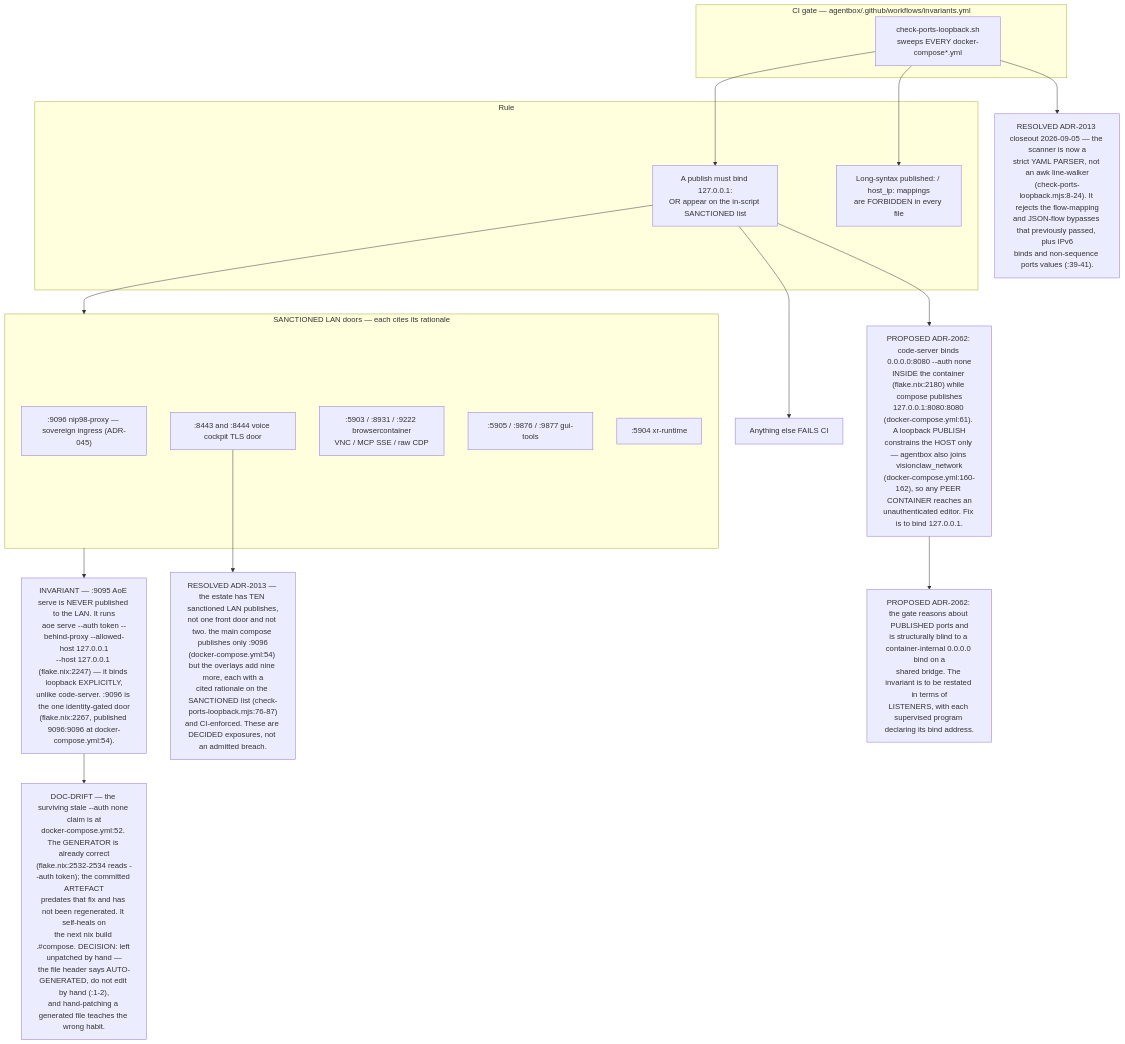
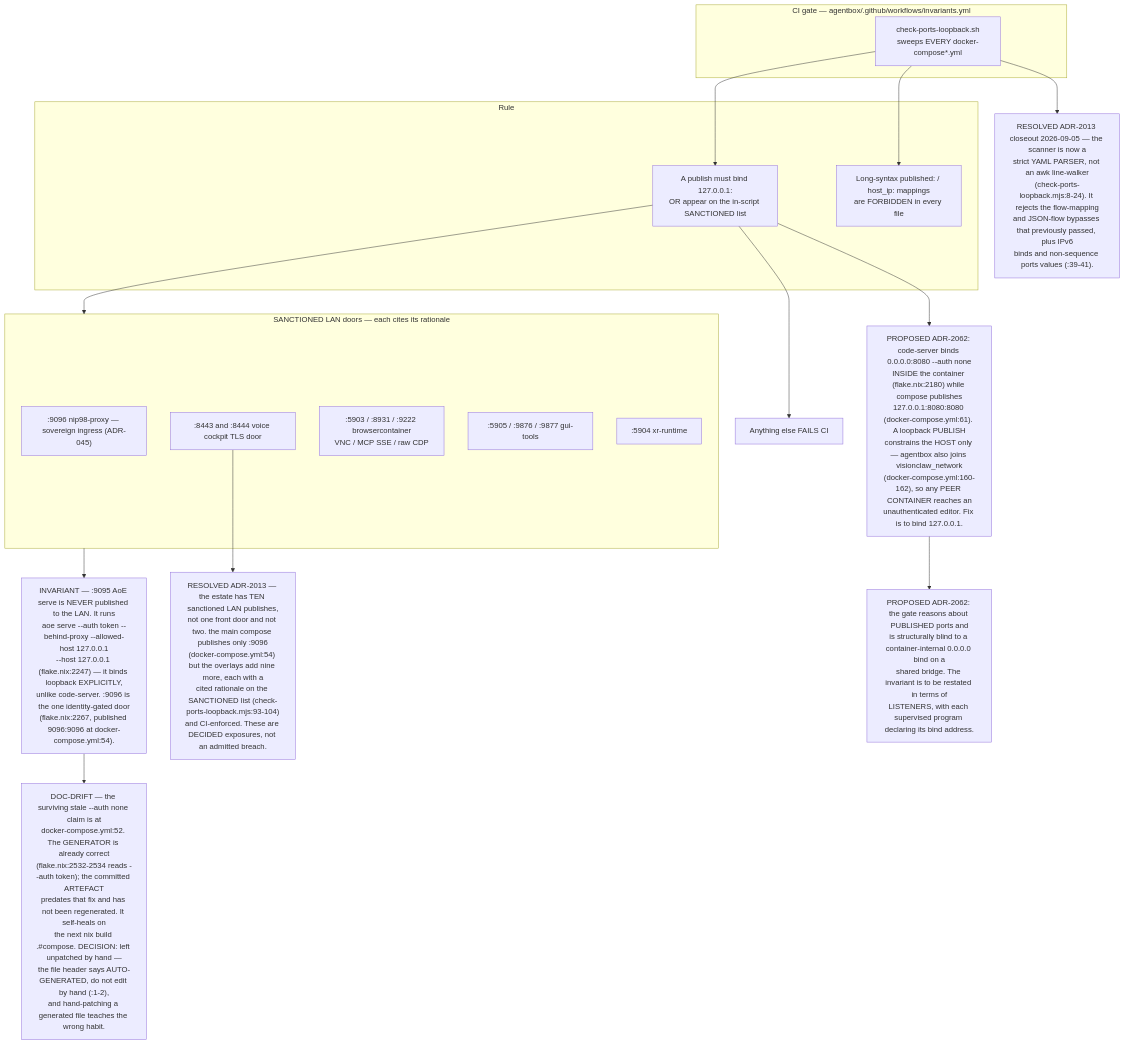
Before and after one commit to DreamLab-AI/AR-AI-Knowledge-Graph: the eighth of 10 diagrams in docs/diagrams/estate/10-deployment-and-security-profiles.md, drawn with Mermaid. The commit also changed other lines of this file and 73 other files, not shown here.

First line of the commit message:
docs(diagrams): re-verify all 71 topic files against HEAD; add --cite-check

````diff
--- a/docs/diagrams/estate/10-deployment-and-security-profiles.md
+++ b/docs/diagrams/estate/10-deployment-and-security-profiles.md
@@ -306,35 +306,35 @@
 ```mermaid
 flowchart TB
     subgraph ci["CI gate — agentbox/.github/workflows/invariants.yml"]
         SC["check-ports-loopback.sh<br/>sweeps EVERY docker-compose*.yml"]
     end
     subgraph rule["Rule"]
         R1["A publish must bind 127.0.0.1:<br/>OR appear on the in-script SANCTIONED list"]
         R2["Long-syntax published: / host_ip: mappings<br/>are FORBIDDEN in every file"]
     end
     subgraph sanctioned["SANCTIONED LAN doors — each cites its rationale"]
         P1[":9096 nip98-proxy — sovereign ingress (ADR-045)"]
         P2[":8443 and :8444 voice cockpit TLS door"]
         P3[":5903 / :8931 / :9222 browsercontainer<br/>VNC / MCP SSE / raw CDP"]
         P4[":5905 / :9876 / :9877 gui-tools"]
         P5[":5904 xr-runtime"]
     end
     FAIL["Anything else FAILS CI"]
     INV["INVARIANT — :9095 AoE serve is NEVER published to the LAN. It runs<br/>aoe serve --auth token --behind-proxy --allowed-host 127.0.0.1<br/>--host 127.0.0.1 (flake.nix:2247) — it binds loopback EXPLICITLY,<br/>unlike code-server. :9096 is the one identity-gated door<br/>(flake.nix:2267, published 9096:9096 at docker-compose.yml:54)."]
-    D1["RESOLVED ADR-2013 — the estate has TEN sanctioned LAN publishes,<br/>not one front door and not two. the main compose publishes only :9096<br/>(docker-compose.yml:54) but the overlays add nine more, each with a<br/>cited rationale on the SANCTIONED list (check-ports-loopback.mjs:76-87)<br/>and CI-enforced. These are DECIDED exposures, not an admitted breach."]
+    D1["RESOLVED ADR-2013 — the estate has TEN sanctioned LAN publishes,<br/>not one front door and not two. the main compose publishes only :9096<br/>(docker-compose.yml:54) but the overlays add nine more, each with a<br/>cited rationale on the SANCTIONED list (check-ports-loopback.mjs:93-104)<br/>and CI-enforced. These are DECIDED exposures, not an admitted breach."]
     D2["RESOLVED ADR-2013 closeout 2026-09-05 — the scanner is now a<br/>strict YAML PARSER, not an awk line-walker<br/>(check-ports-loopback.mjs:8-24). It rejects the flow-mapping<br/>and JSON-flow bypasses that previously passed, plus IPv6<br/>binds and non-sequence ports values (:39-41)."]
     D3["PROPOSED ADR-2062: code-server binds 0.0.0.0:8080 --auth none<br/>INSIDE the container (flake.nix:2180) while compose publishes<br/>127.0.0.1:8080:8080 (docker-compose.yml:61). A loopback PUBLISH<br/>constrains the HOST only — agentbox also joins visionclaw_network<br/>(docker-compose.yml:160-162), so any PEER CONTAINER reaches an<br/>unauthenticated editor. Fix is to bind 127.0.0.1."]
     D5["PROPOSED ADR-2062: the gate reasons about PUBLISHED ports and<br/>is structurally blind to a container-internal 0.0.0.0 bind on a<br/>shared bridge. The invariant is to be restated in terms of<br/>LISTENERS, with each supervised program declaring its bind address."]
     D4["DOC-DRIFT — the surviving stale --auth none claim is at<br/>docker-compose.yml:52. The GENERATOR is already correct<br/>(flake.nix:2532-2534 reads --auth token); the committed ARTEFACT<br/>predates that fix and has not been regenerated. It self-heals on<br/>the next nix build .#compose. DECISION: left unpatched by hand —<br/>the file header says AUTO-GENERATED, do not edit by hand (:1-2),<br/>and hand-patching a generated file teaches the wrong habit."]
 
     SC --> R1
     SC --> R2
     R1 --> sanctioned
     R1 --> FAIL
     sanctioned --> INV
     P2 --> D1
     SC --> D2
     R1 --> D3
     INV --> D4
     D3 --> D5
 ```
````
